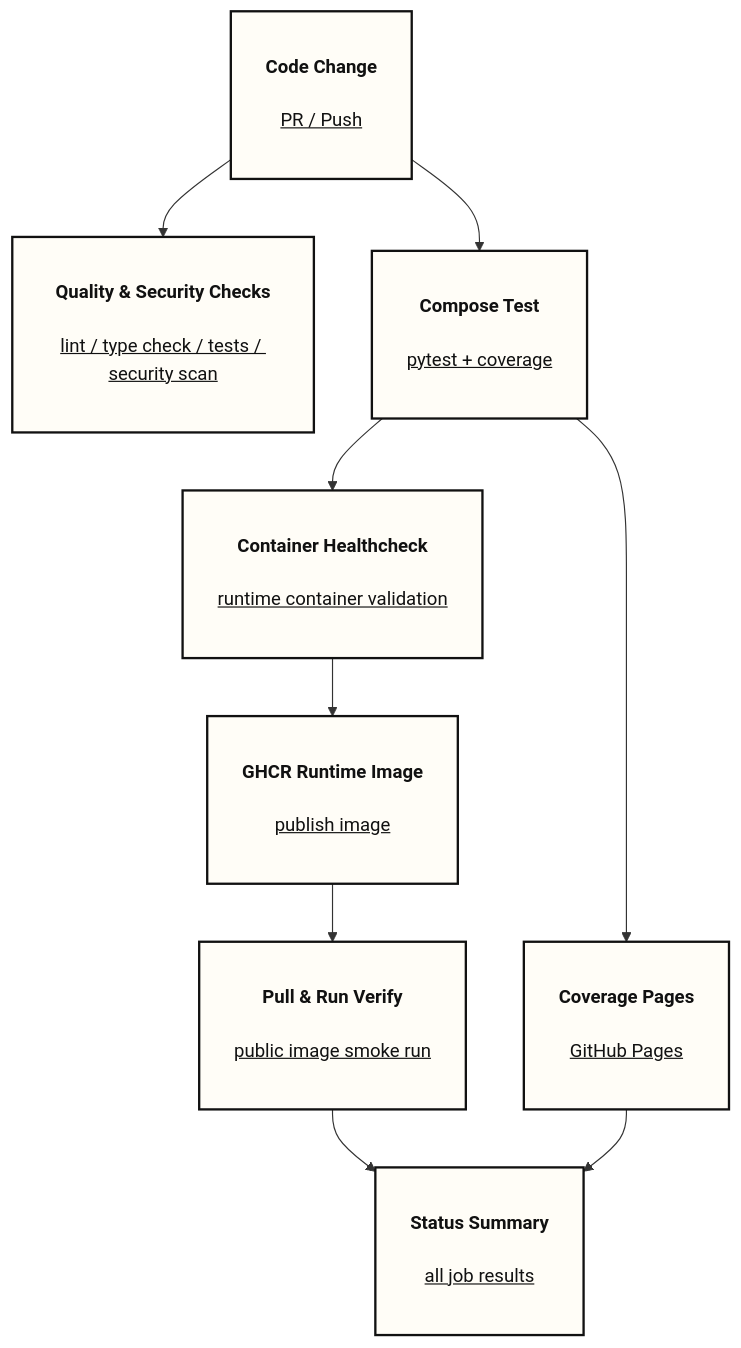
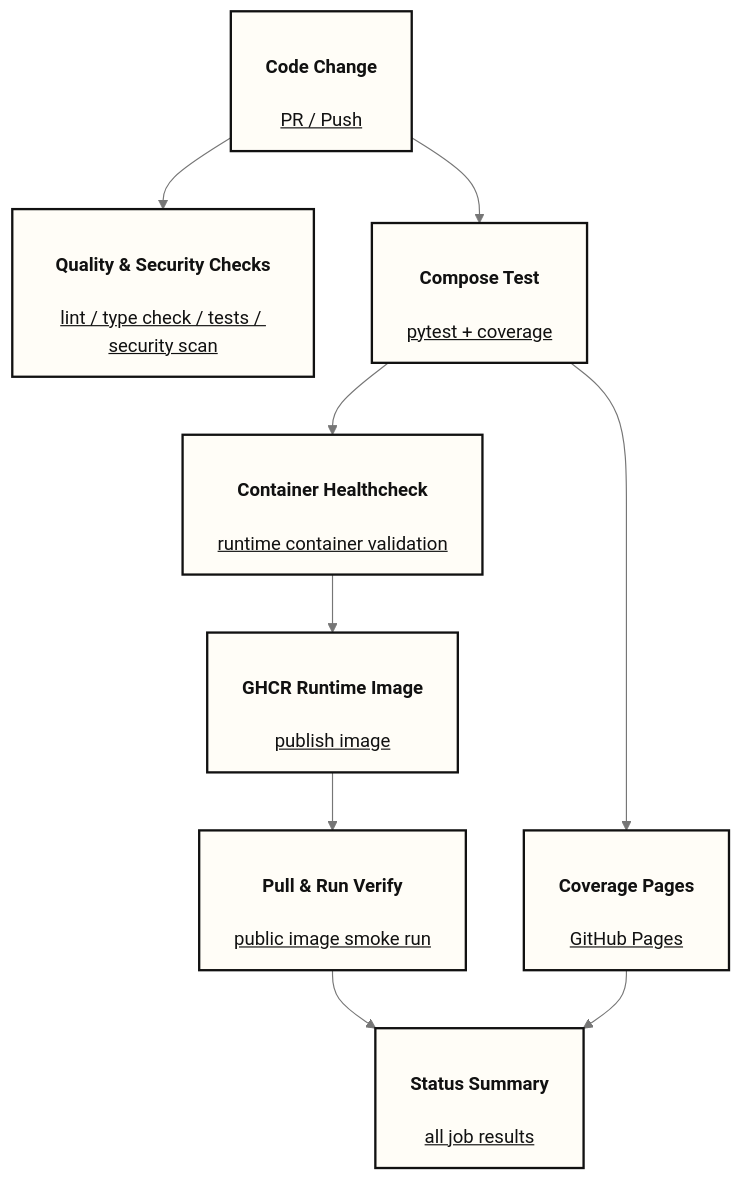
One commit to yaoki-dev/api-test-devops-portfolio changed the second of 4 diagrams in README.md. Above: the diagram before and after it, drawn with Mermaid. The commit also changed other lines of this file and 3 other files, not shown here.

First line of the commit message:
docs(readme): mermaid図のノードラベル改行位置を調整 (#641)

````diff
--- a/README.md
+++ b/README.md
@@ -84,33 +100,37 @@
 ```mermaid
+---
+config:
+  theme: base
+  themeVariables:
+    primaryColor: '#F7F3EA'
+    primaryTextColor: '#111111'
+    primaryBorderColor: '#111111'
+    lineColor: '#767676'
+    titleColor: '#111111'
+    edgeLabelBackground: '#FFFDF7'
+    textColor: '#111111'
+---
 flowchart TD
-    A["<h4>Code Change</h4><u>PR / Push</u>
-    <br/>"]
+    A["<h4>Code Change</h4><u>PR / Push</u>"]
 
-    A --> B["<h4>Quality & Security Checks</h4><u>lint / type check / tests / security scan</u>
-    <br/>"]
+    A --> B["<h4>Quality & Security Checks</h4><u>lint / type check / tests / security scan</u>"]
 
-    A --> C["<h4>Compose Test</h4><u>pytest + coverage</u>
-    <br/>"]
+    A --> C["<h4>Compose Test</h4><u>pytest + coverage</u>"]
 
-    C --> D["<h4>Coverage Pages</h4><u>GitHub Pages</u>
-    <br/>"]
+    C --> D["<h4>Coverage Pages</h4><u>GitHub Pages</u>"]
 
-    C --> E["<h4>Container Healthcheck</h4><u>runtime container validation</u>
-    <br/>"]
+    C --> E["<h4>Container Healthcheck</h4><u>runtime container validation</u>"]
 
-    E --> F["<h4>GHCR Runtime Image</h4><u>publish image</u>
-    <br/>"]
+    E --> F["<h4>GHCR Runtime Image</h4><u>publish image</u>"]
 
-    F --> G["<h4>Pull & Run Verify</h4><u>public image smoke run</u>
-    <br/>"]
+    F --> G["<h4>Pull & Run Verify</h4><u>public image smoke run</u>"]
 
-    G --> H["<h4>Status Summary</h4><u>all job results</u>
-    <br/>"]
+    G --> H["<h4>Status Summary</h4><u>all job results</u>　"]
 
     D --> H
 
     classDef default fill:#F7F3EA,stroke:#111,stroke-width:1.5px,color:#111;
     classDef key fill:#FFFDF7,stroke:#111,stroke-width:2px,color:#111;
 
     class A,B,C,D,E,F,G,H key;
 ```
````
